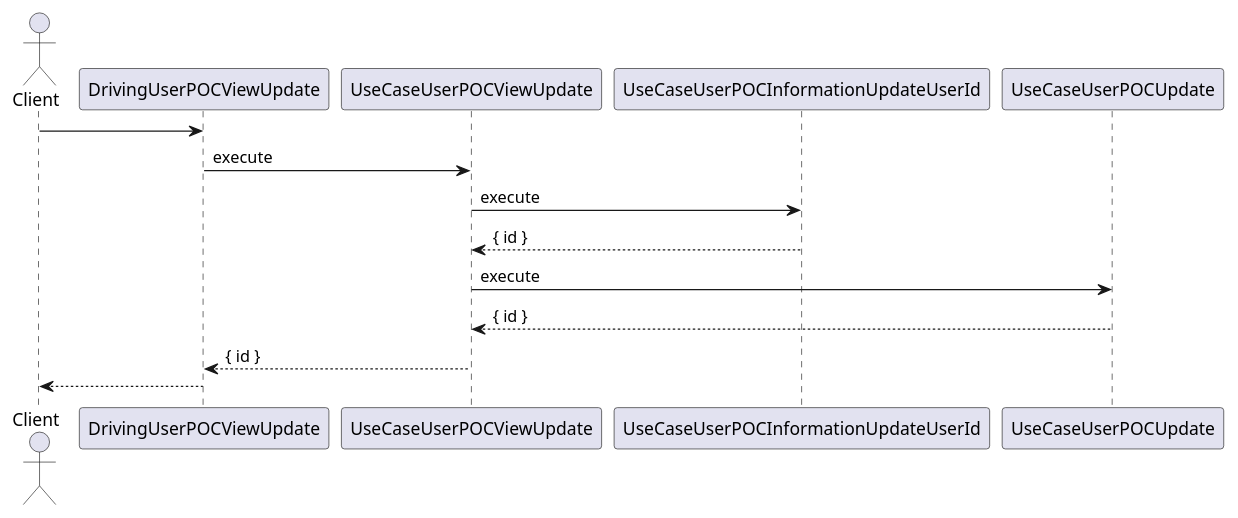
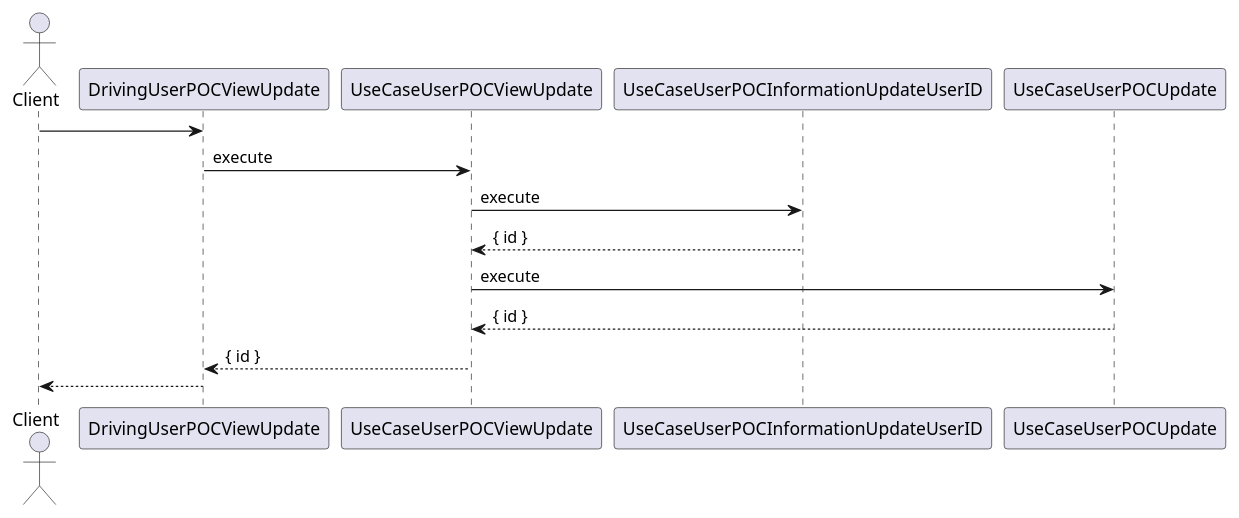
Before and after one commit to smhmayboudi/hono-poc: the diagram in src/domain/user-poc-view/application/use-case/user-poc-view-update.puml, drawn with PlantUML. The commit also changed 25 other files, not shown here.

```diff
--- a/src/domain/user-poc-view/application/use-case/user-poc-view-update.puml
+++ b/src/domain/user-poc-view/application/use-case/user-poc-view-update.puml
@@ -1,11 +1,11 @@
 @startuml UserPOCView UseCase Update
 actor Client
 Client -> DrivingUserPOCViewUpdate
 DrivingUserPOCViewUpdate -> UseCaseUserPOCViewUpdate: execute
-UseCaseUserPOCViewUpdate -> UseCaseUserPOCInformationUpdateUserId: execute
-UseCaseUserPOCInformationUpdateUserId --> UseCaseUserPOCViewUpdate: { id }
+UseCaseUserPOCViewUpdate -> UseCaseUserPOCInformationUpdateUserID: execute
+UseCaseUserPOCInformationUpdateUserID --> UseCaseUserPOCViewUpdate: { id }
 UseCaseUserPOCViewUpdate -> UseCaseUserPOCUpdate: execute
 UseCaseUserPOCUpdate --> UseCaseUserPOCViewUpdate: { id }
 UseCaseUserPOCViewUpdate --> DrivingUserPOCViewUpdate: { id }
 DrivingUserPOCViewUpdate --> Client
 @enduml
```
